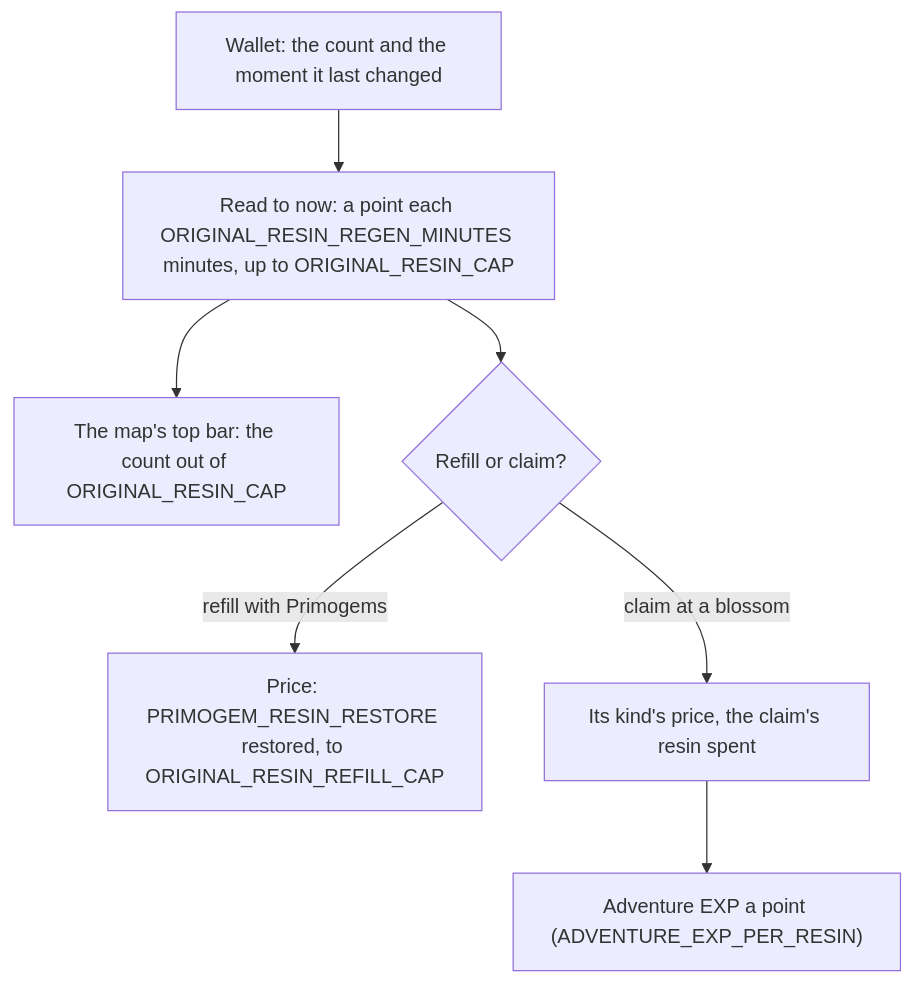
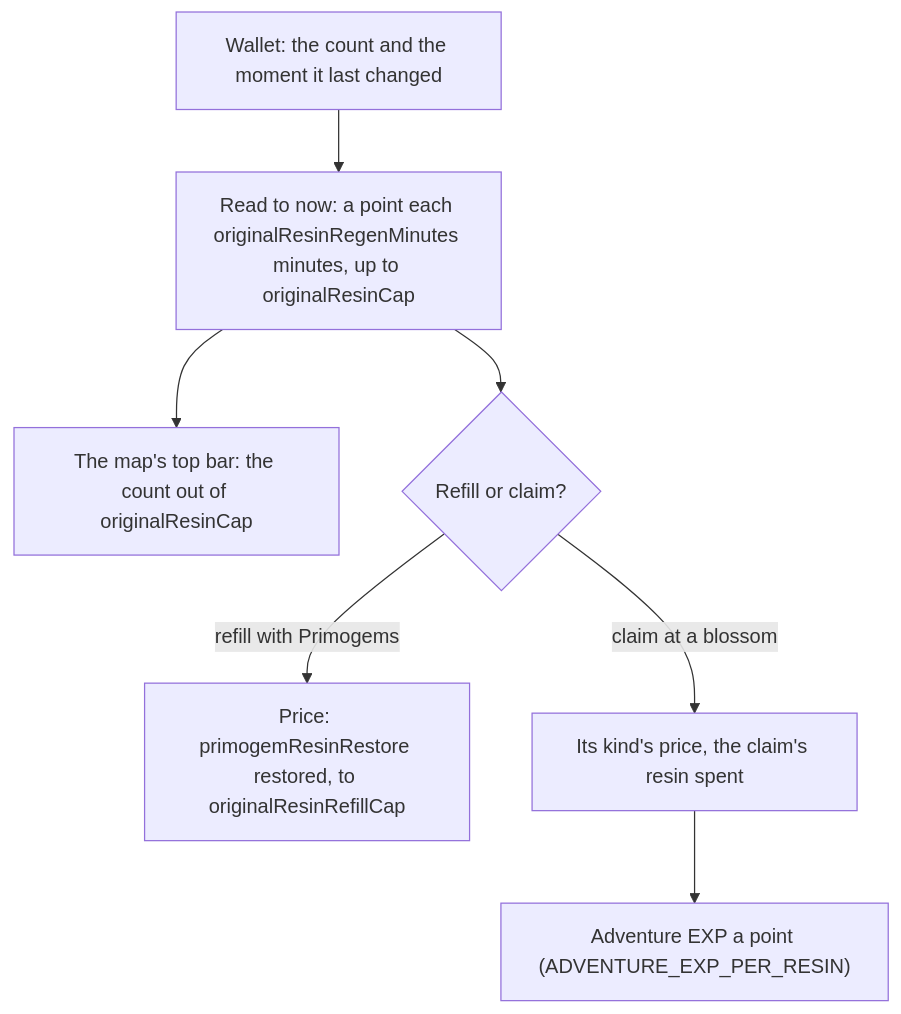
One commit to Esposter/Esposter changed the diagram in openspec/specs/genshin/original-resin/design.md. Above: the diagram before and after it, drawn with Mermaid. The commit also changed other lines of this file and 69 other files, not shown here.

First line of the commit message:
feat(genshin): the Original Resin constants are read from the game's constant table, and a new player's starting save takes the game's cap from it

````diff
--- a/openspec/specs/genshin/original-resin/design.md
+++ b/openspec/specs/genshin/original-resin/design.md
@@ -9,9 +9,9 @@
 ```mermaid
 flowchart TD
-  W["Wallet: the count and the moment it last changed"] --> R["Read to now: a point each ORIGINAL_RESIN_REGEN_MINUTES minutes, up to ORIGINAL_RESIN_CAP"]
-  R --> M["The map's top bar: the count out of ORIGINAL_RESIN_CAP"]
+  W["Wallet: the count and the moment it last changed"] --> R["Read to now: a point each originalResinRegenMinutes minutes, up to originalResinCap"]
+  R --> M["The map's top bar: the count out of originalResinCap"]
   R --> F{"Refill or claim?"}
-  F -->|"refill with Primogems"| P["Price: PRIMOGEM_RESIN_RESTORE restored, to ORIGINAL_RESIN_REFILL_CAP"]
+  F -->|"refill with Primogems"| P["Price: primogemResinRestore restored, to originalResinRefillCap"]
   F -->|"claim at a blossom"| C["Its kind's price, the claim's resin spent"]
   C --> X["Adventure EXP a point (ADVENTURE_EXP_PER_RESIN)"]
 ```
````
